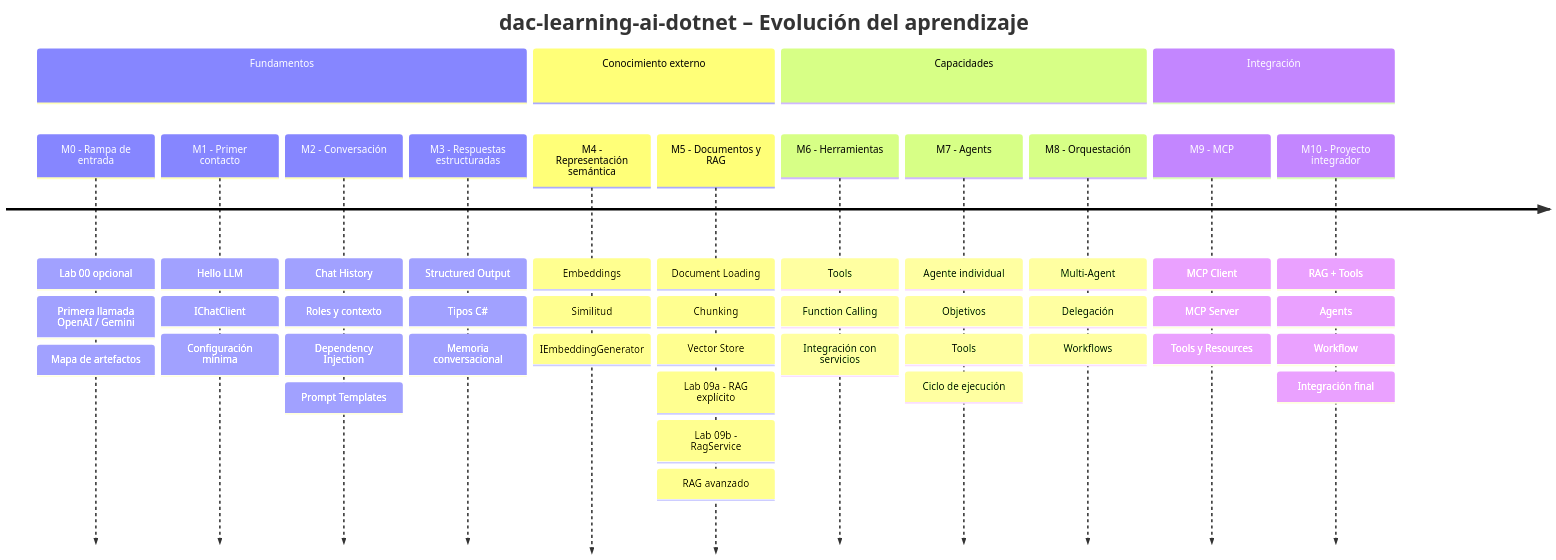
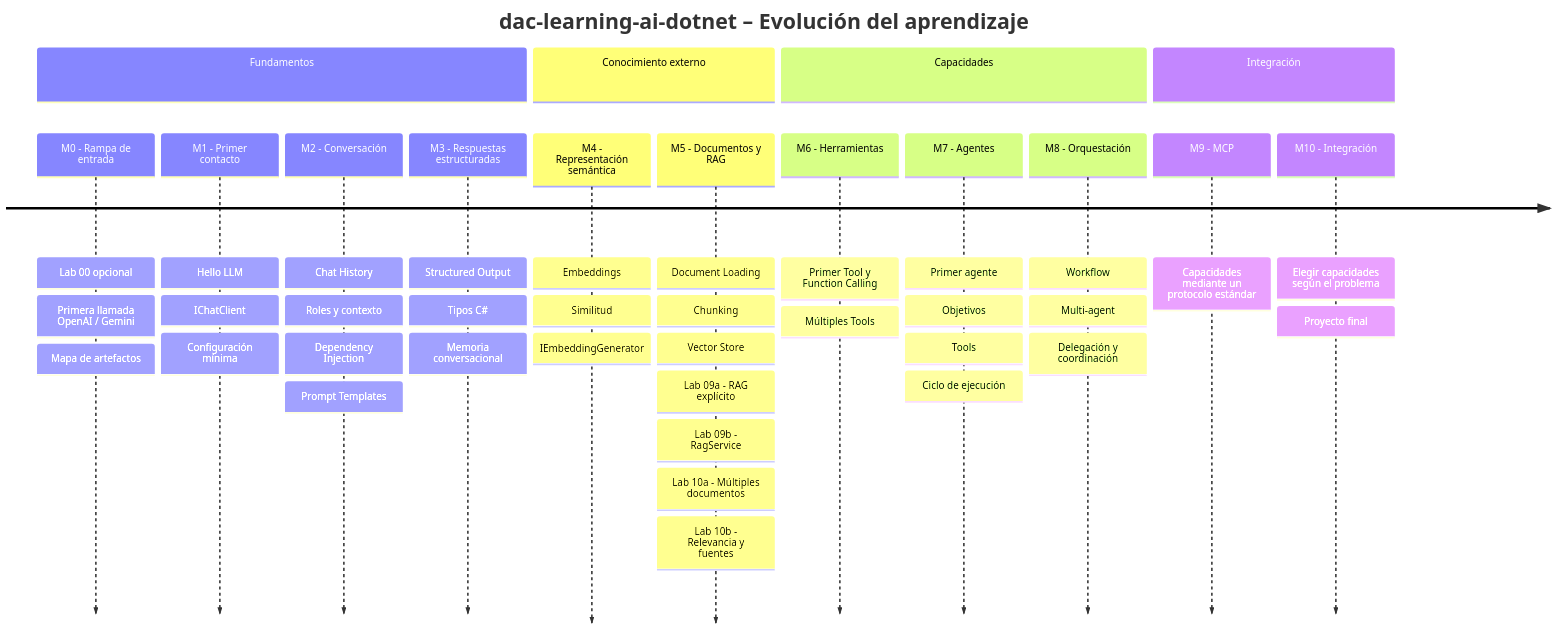
The first of 8 diagrams in ROADMAP.md (danielcalvindeveloper/dac-learning-ai-dotnet), drawn with Mermaid before and after one commit. The commit also changed other lines of this file and 42 other files, not shown here.

````diff
--- a/ROADMAP.md
+++ b/ROADMAP.md
@@ -11,51 +13,47 @@
 ```mermaid
 timeline
     title dac-learning-ai-dotnet – Evolución del aprendizaje
 
     section Fundamentos
         M0 - Rampa de entrada : Lab 00 opcional
                               : Primera llamada OpenAI / Gemini
                               : Mapa de artefactos
         M1 - Primer contacto : Hello LLM
                             : IChatClient
                             : Configuración mínima
         M2 - Conversación : Chat History
                           : Roles y contexto
                           : Dependency Injection
                           : Prompt Templates
         M3 - Respuestas estructuradas : Structured Output
                                       : Tipos C#
                                       : Memoria conversacional
 
     section Conocimiento externo
         M4 - Representación semántica : Embeddings
                                       : Similitud
                                       : IEmbeddingGenerator
         M5 - Documentos y RAG : Document Loading
                               : Chunking
                               : Vector Store
                               : Lab 09a - RAG explícito
                               : Lab 09b - RagService
-                              : RAG avanzado
+                              : Lab 10a - Múltiples documentos
+                              : Lab 10b - Relevancia y fuentes
 
     section Capacidades
-        M6 - Herramientas : Tools
-                          : Function Calling
-                          : Integración con servicios
-        M7 - Agents : Agente individual
+        M6 - Herramientas : Primer Tool y Function Calling
+                          : Múltiples Tools
+        M7 - Agentes : Primer agente
                     : Objetivos
                     : Tools
                     : Ciclo de ejecución
-        M8 - Orquestación : Multi-Agent
-                          : Delegación
-                          : Workflows
+        M8 - Orquestación : Workflow
+                          : Multi-agent
+                          : Delegación y coordinación
 
     section Integración
-        M9 - MCP : MCP Client
-                 : MCP Server
-                 : Tools y Resources
-        M10 - Proyecto integrador : RAG + Tools
-                                  : Agents
-                                  : Workflow
-                                  : Integración final
+        M9 - MCP : Capacidades mediante un protocolo estándar
+        M10 - Integración : Elegir capacidades según el problema
+                          : Proyecto final
 ```
````
